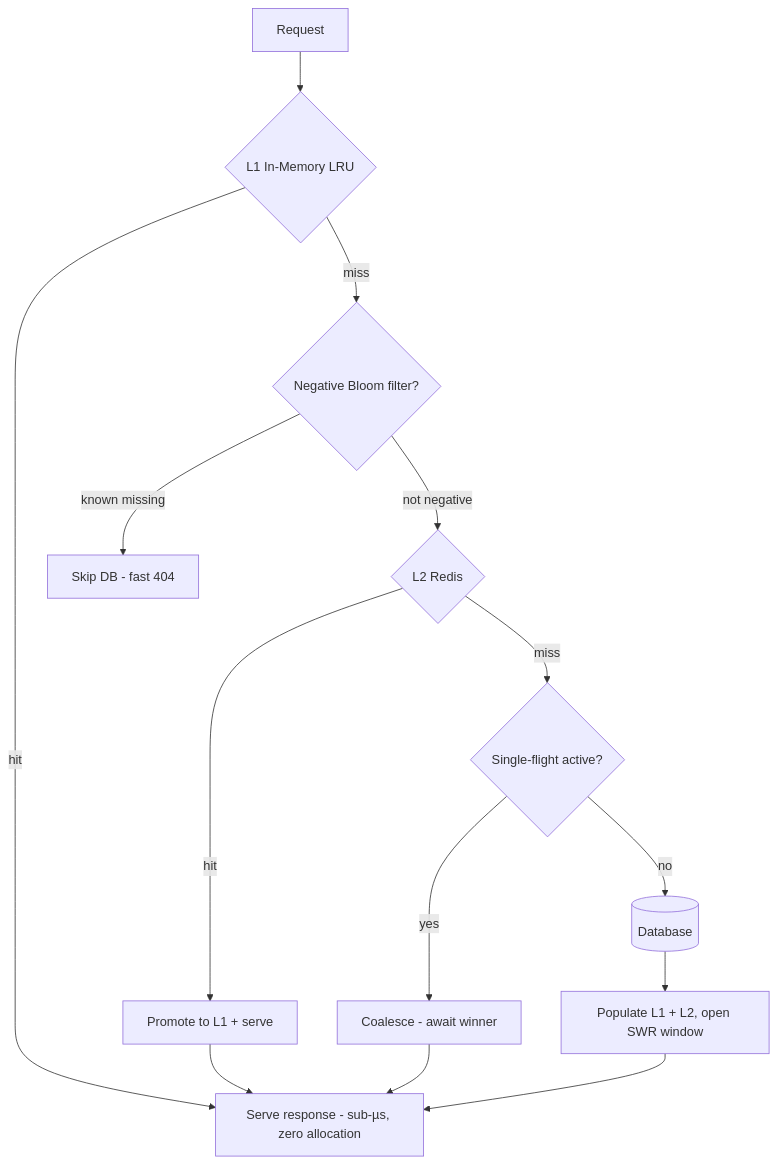
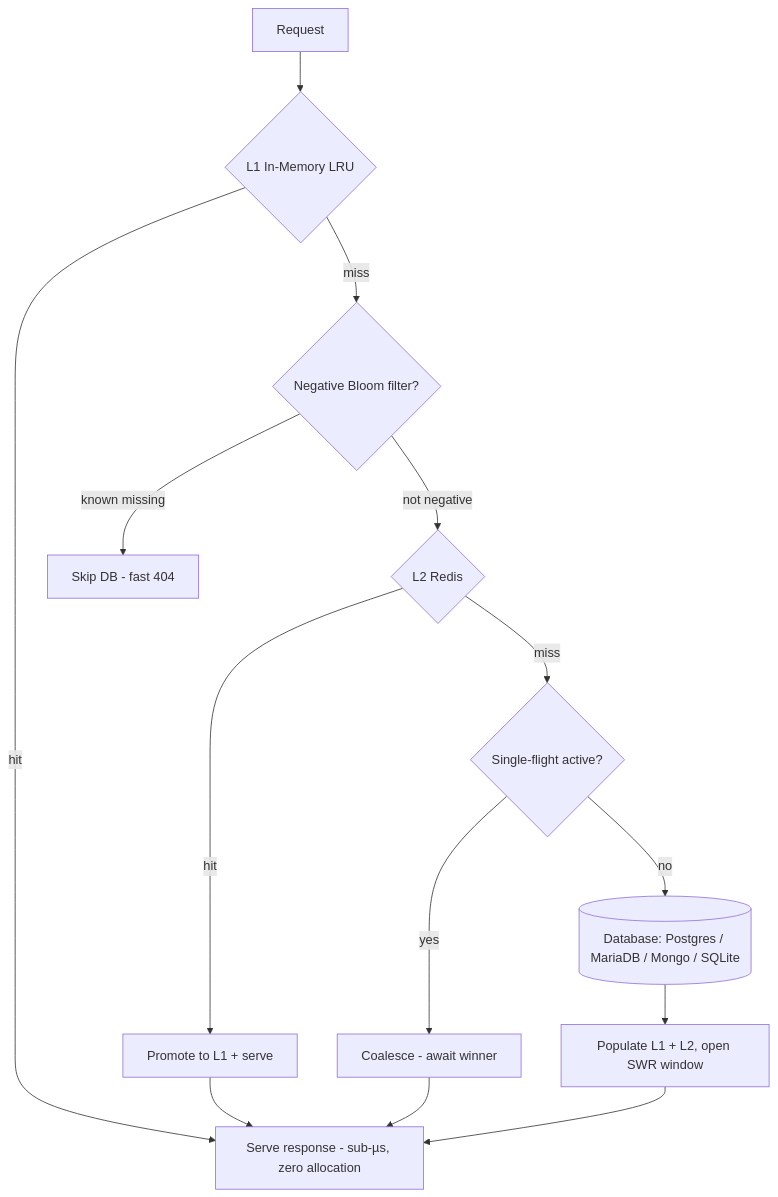
Before and after one commit to SveltyCMS/SveltyCMS: the second of 3 diagrams in docs/reference/architecture/cache-system.mdx, drawn with Mermaid. The commit also changed other lines of this file and 42 other files, not shown here.

````diff
--- a/docs/reference/architecture/cache-system.mdx
+++ b/docs/reference/architecture/cache-system.mdx
@@ -54,16 +95,16 @@
 ```mermaid
 flowchart TD
     REQ[Request] --> L1{L1 In-Memory LRU}
     L1 -->|hit| HIT[Serve response - sub-µs, zero allocation]
     L1 -->|miss| NEG{Negative Bloom filter?}
     NEG -->|known missing| NF[Skip DB - fast 404]
     NEG -->|not negative| L2{L2 Redis}
     L2 -->|hit| L2HIT[Promote to L1 + serve]
     L2 -->|miss| SF{Single-flight active?}
     SF -->|yes| WAIT[Coalesce - await winner]
-    SF -->|no| DB[(Database)]
+    SF -->|no| DB[(Database: Postgres / MariaDB / Mongo / SQLite)]
     DB --> STORE[Populate L1 + L2, open SWR window]
     STORE --> HIT
     L2HIT --> HIT
     WAIT --> HIT
 ```
````
